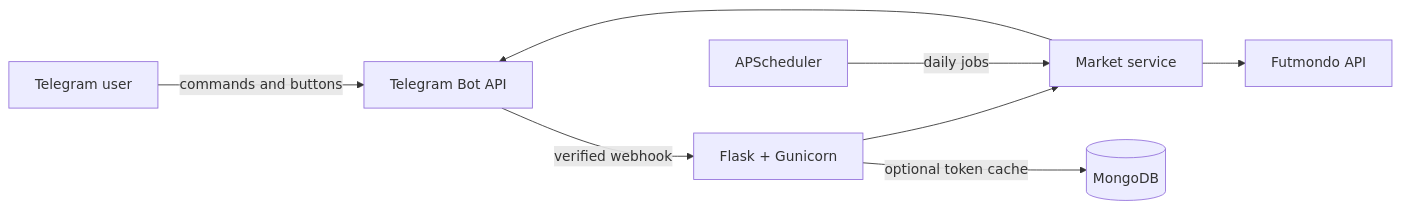
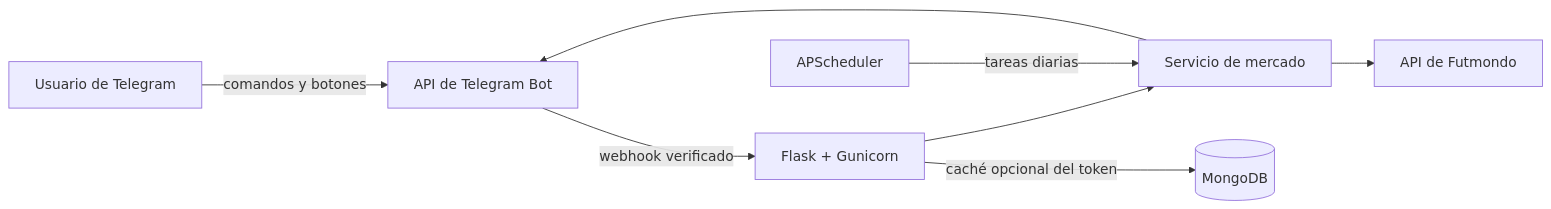
The diagram in README.md (lluc898/futmondojobs), drawn with Mermaid before and after one commit. The commit also changed other lines of this file, not shown here.

````diff
--- a/README.md
+++ b/README.md
@@ -61,10 +61,10 @@
 ```mermaid
 flowchart LR
-    U[Telegram user] -->|commands and buttons| TG[Telegram Bot API]
-    TG -->|verified webhook| WEB[Flask + Gunicorn]
-    WEB --> SVC[Market service]
-    CRON[APScheduler] -->|daily jobs| SVC
-    SVC --> FM[Futmondo API]
+    U[Usuario de Telegram] -->|comandos y botones| TG[API de Telegram Bot]
+    TG -->|webhook verificado| WEB[Flask + Gunicorn]
+    WEB --> SVC[Servicio de mercado]
+    CRON[APScheduler] -->|tareas diarias| SVC
+    SVC --> FM[API de Futmondo]
     SVC --> TG
-    WEB -->|optional token cache| DB[(MongoDB)]
+    WEB -->|caché opcional del token| DB[(MongoDB)]
 ```
````
